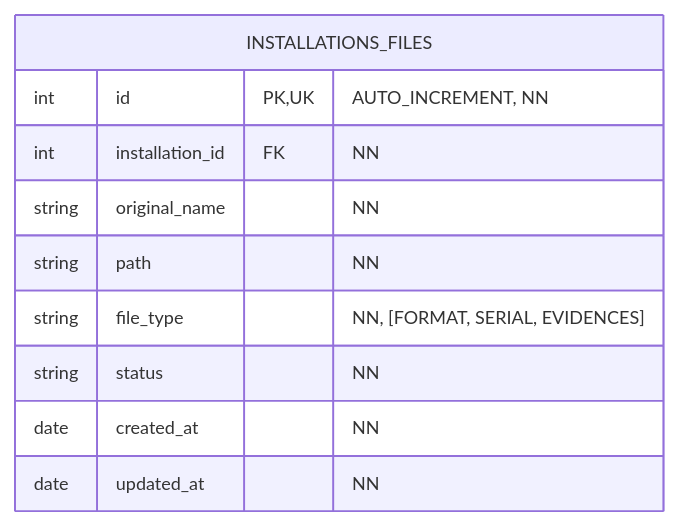
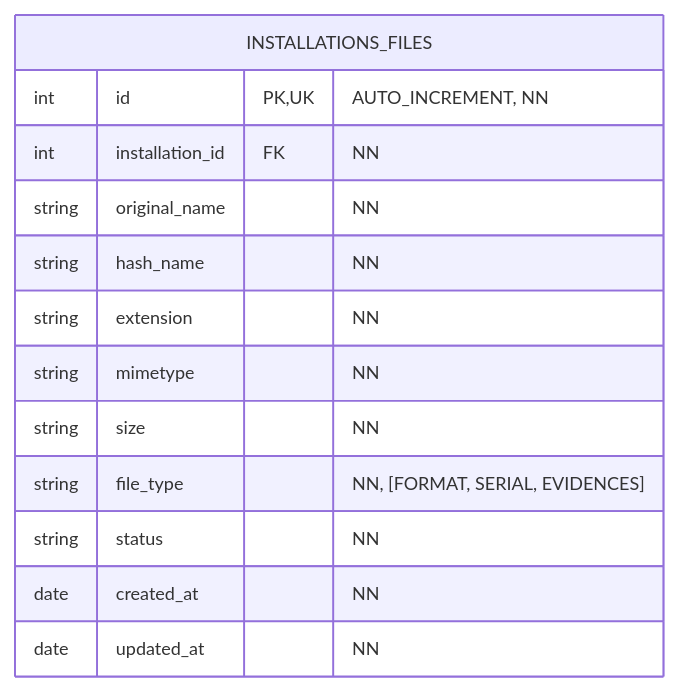
One commit to Juandiego001/lab-dental changed diagram 34 of 45 in docs/db/db.md. Above: the diagram before and after it, drawn with Mermaid. The commit also changed other lines of this file and 71 other files, not shown here.

````diff
--- a/docs/db/db.md
+++ b/docs/db/db.md
@@ -633,14 +643,17 @@
 ```mermaid
 %%{init: {'theme': 'default', 'themeVariables': { 'fontSize': '12px', 'entityPadding': '5' }}}%%
 erDiagram
     INSTALLATIONS_FILES {
         int id PK, UK "AUTO_INCREMENT, NN"
         int installation_id FK "NN"
         string original_name "NN"
-        string path "NN"
+        string hash_name "NN"
+        string extension "NN"
+        string mimetype "NN"
+        string size "NN"
         string file_type "NN, [FORMAT, SERIAL, EVIDENCES]"
         string status "NN"
         date created_at "NN"
         date updated_at "NN"
     }
 ```
````
